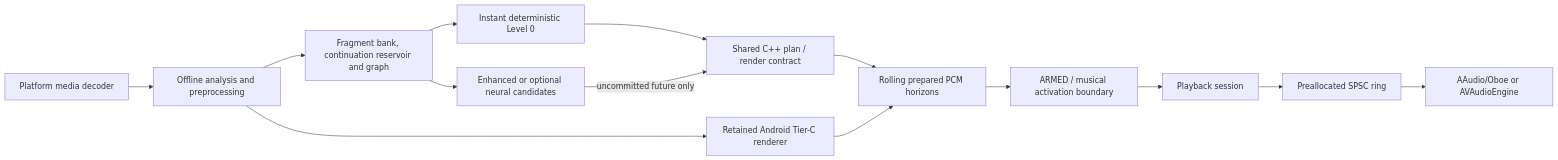
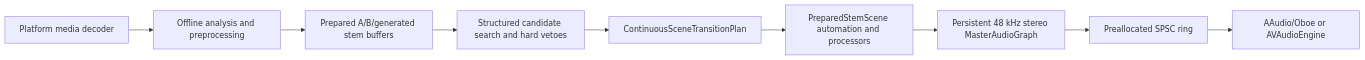
The diagram in ARCHITECTURE.md (shredELIline/autoremix), drawn with Mermaid before and after one commit. The commit also changed other lines of this file and 9 other files, not shown here.

Commit message:
docs: describe continuous scene runtime

````diff
--- a/ARCHITECTURE.md
+++ b/ARCHITECTURE.md
@@ -8,16 +8,11 @@
 ```mermaid
 flowchart LR
   Media["Platform media decoder"] --> Analysis["Offline analysis and preprocessing"]
-  Analysis --> Reservoir["Fragment bank, continuation reservoir and graph"]
-  Reservoir --> Level0["Instant deterministic Level 0"]
-  Reservoir --> Future["Enhanced or optional neural candidates"]
-  Level0 --> Core["Shared C++ plan / render contract"]
-  Future -->|"uncommitted future only"| Core
-  Analysis --> AndroidProvider["Retained Android Tier-C renderer"]
-  Core --> Blocks["Rolling prepared PCM horizons"]
-  AndroidProvider --> Blocks
-  Blocks --> Boundary["ARMED / musical activation boundary"]
-  Boundary --> Session["Playback session"]
-  Session --> Ring["Preallocated SPSC ring"]
+  Analysis --> Stems["Prepared A/B/generated stem buffers"]
+  Stems --> Planner["Structured candidate search and hard vetoes"]
+  Planner --> Plan["ContinuousSceneTransitionPlan"]
+  Plan --> Scene["PreparedStemScene automation and processors"]
+  Scene --> Master["Persistent 48 kHz stereo MasterAudioGraph"]
+  Master --> Ring["Preallocated SPSC ring"]
   Ring --> Output["AAudio/Oboe or AVAudioEngine"]
 ```
````
